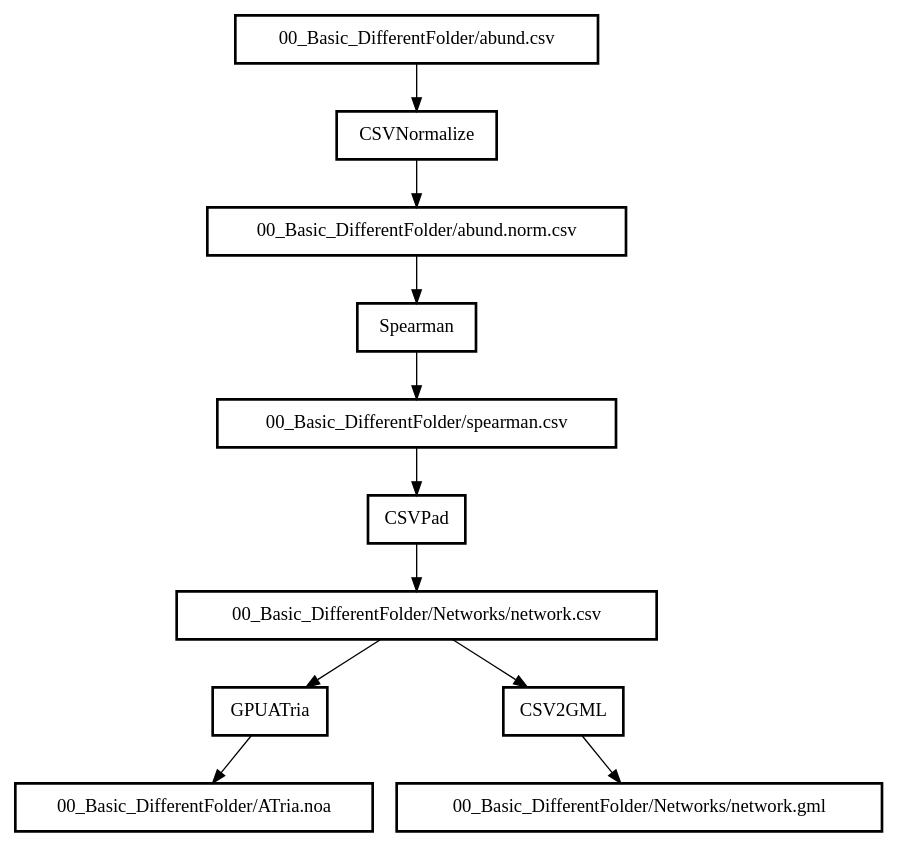
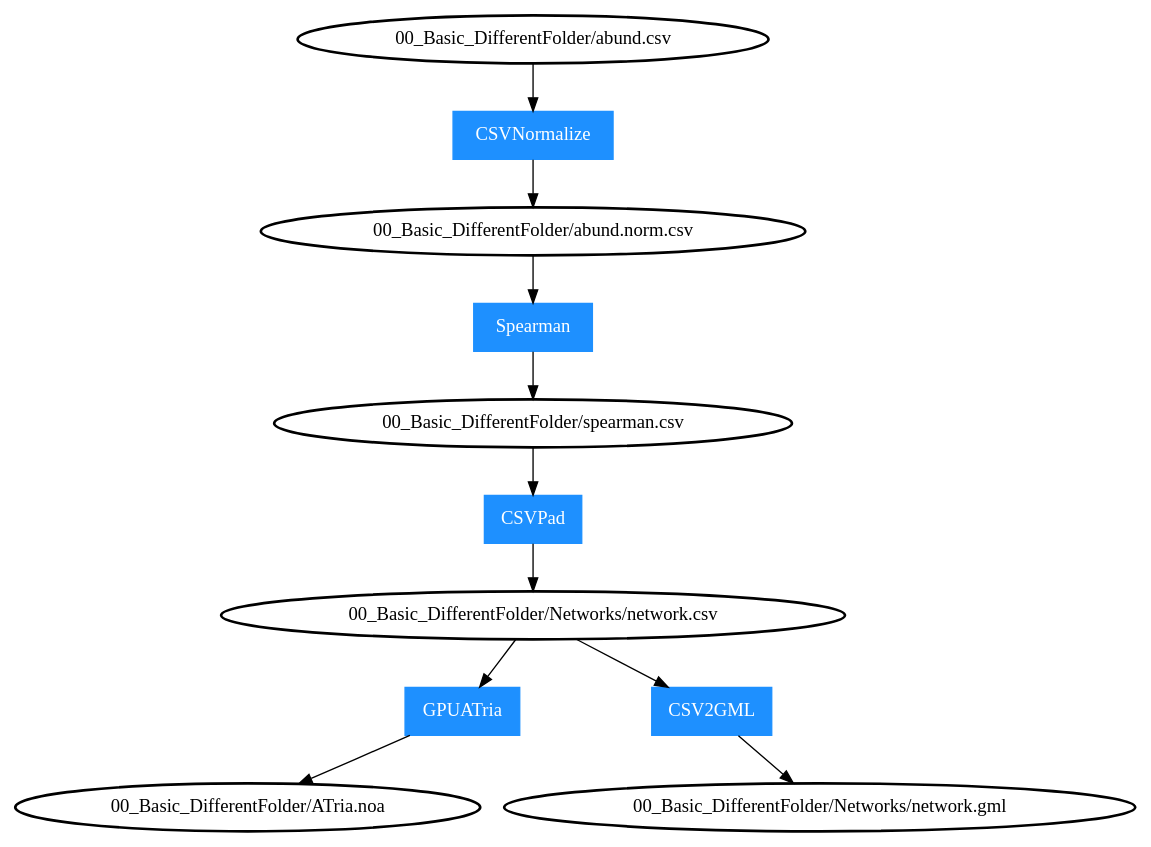
Before and after one commit to movingpictures83/PipeViz: the diagram in 00_Basic_DifferentFolder/expected.dot, drawn with Graphviz. The commit also changed 2 other files, not shown here.

```diff
--- a/00_Basic_DifferentFolder/expected.dot
+++ b/00_Basic_DifferentFolder/expected.dot
@@ -1,8 +1,13 @@
 digraph G {
-	node [style=bold, shape=box];
+	node [style=bold]
 	"00_Basic_DifferentFolder/abund.csv"->"CSVNormalize"->"00_Basic_DifferentFolder/abund.norm.csv";
 	"00_Basic_DifferentFolder/abund.norm.csv"->"Spearman"->"00_Basic_DifferentFolder/spearman.csv";
 	"00_Basic_DifferentFolder/spearman.csv"->"CSVPad"->"00_Basic_DifferentFolder/Networks/network.csv";
 	"00_Basic_DifferentFolder/Networks/network.csv"->"GPUATria"->"00_Basic_DifferentFolder/ATria.noa";
 	"00_Basic_DifferentFolder/Networks/network.csv"->"CSV2GML"->"00_Basic_DifferentFolder/Networks/network.gml";
+	"CSVNormalize" [label="CSVNormalize", shape=box, color=dodgerblue1, fontcolor=white, style=filled];
+	"CSV2GML" [label="CSV2GML", shape=box, color=dodgerblue1, fontcolor=white, style=filled];
+	"CSVPad" [label="CSVPad", shape=box, color=dodgerblue1, fontcolor=white, style=filled];
+	"Spearman" [label="Spearman", shape=box, color=dodgerblue1, fontcolor=white, style=filled];
+	"GPUATria" [label="GPUATria", shape=box, color=dodgerblue1, fontcolor=white, style=filled];
 }
```
